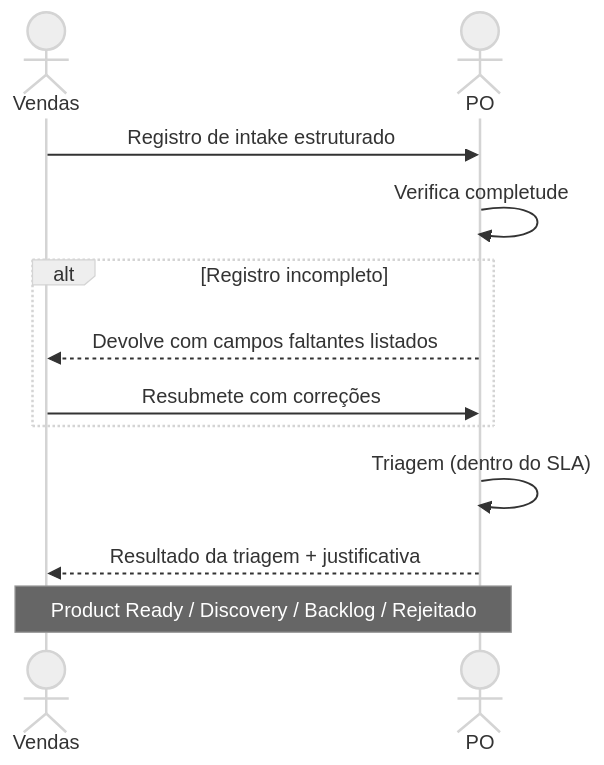
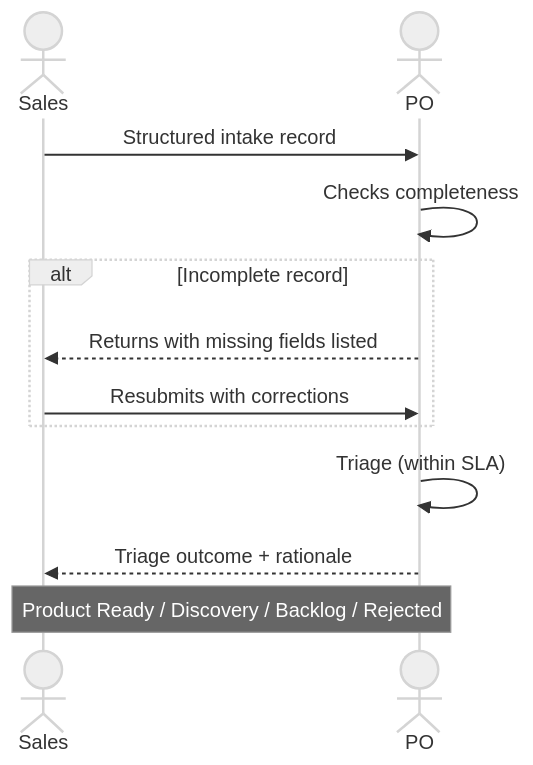
Before and after one commit to hugo-hsbtech/teamwork-process: the diagram in interactions/01-sales-to-po.md, drawn with Mermaid (neutral theme). The commit also changed other lines of this file and 63 other files, not shown here.

````diff
--- a/interactions/01-sales-to-po.md
+++ b/interactions/01-sales-to-po.md
@@ -67,17 +67,17 @@
 ```mermaid
 sequenceDiagram
-    actor S as Vendas
+    actor S as Sales
     actor PO as PO
 
-    S->>PO: Registro de intake estruturado
-    PO->>PO: Verifica completude
+    S->>PO: Structured intake record
+    PO->>PO: Checks completeness
 
-    alt Registro incompleto
-        PO-->>S: Devolve com campos faltantes listados
-        S->>PO: Resubmete com correções
+    alt Incomplete record
+        PO-->>S: Returns with missing fields listed
+        S->>PO: Resubmits with corrections
     end
 
-    PO->>PO: Triagem (dentro do SLA)
-    PO-->>S: Resultado da triagem + justificativa
-    Note over S,PO: Product Ready / Discovery / Backlog / Rejeitado
+    PO->>PO: Triage (within SLA)
+    PO-->>S: Triage outcome + rationale
+    Note over S,PO: Product Ready / Discovery / Backlog / Rejected
 ```
````
